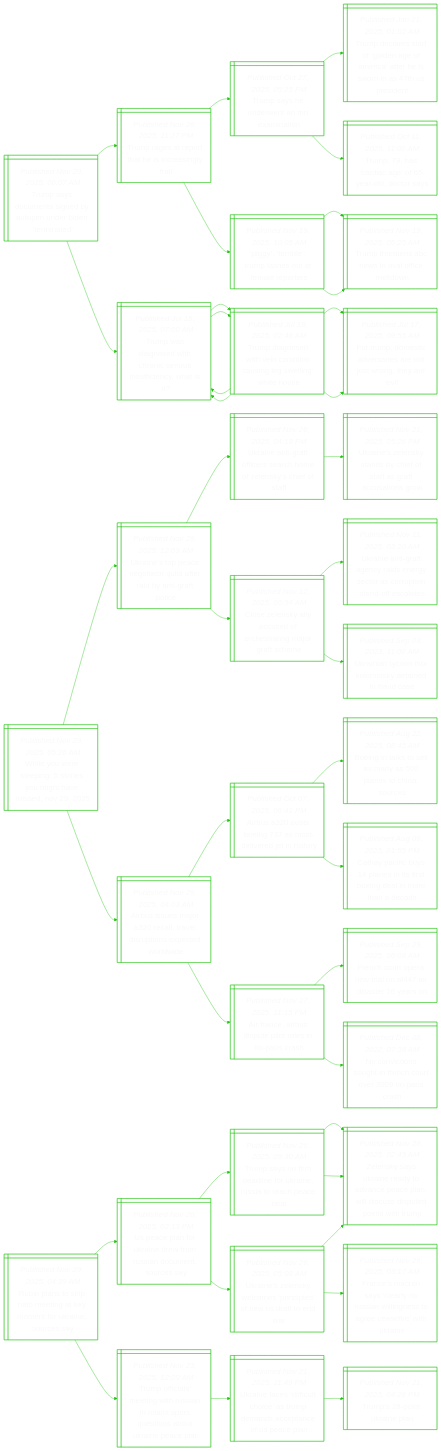
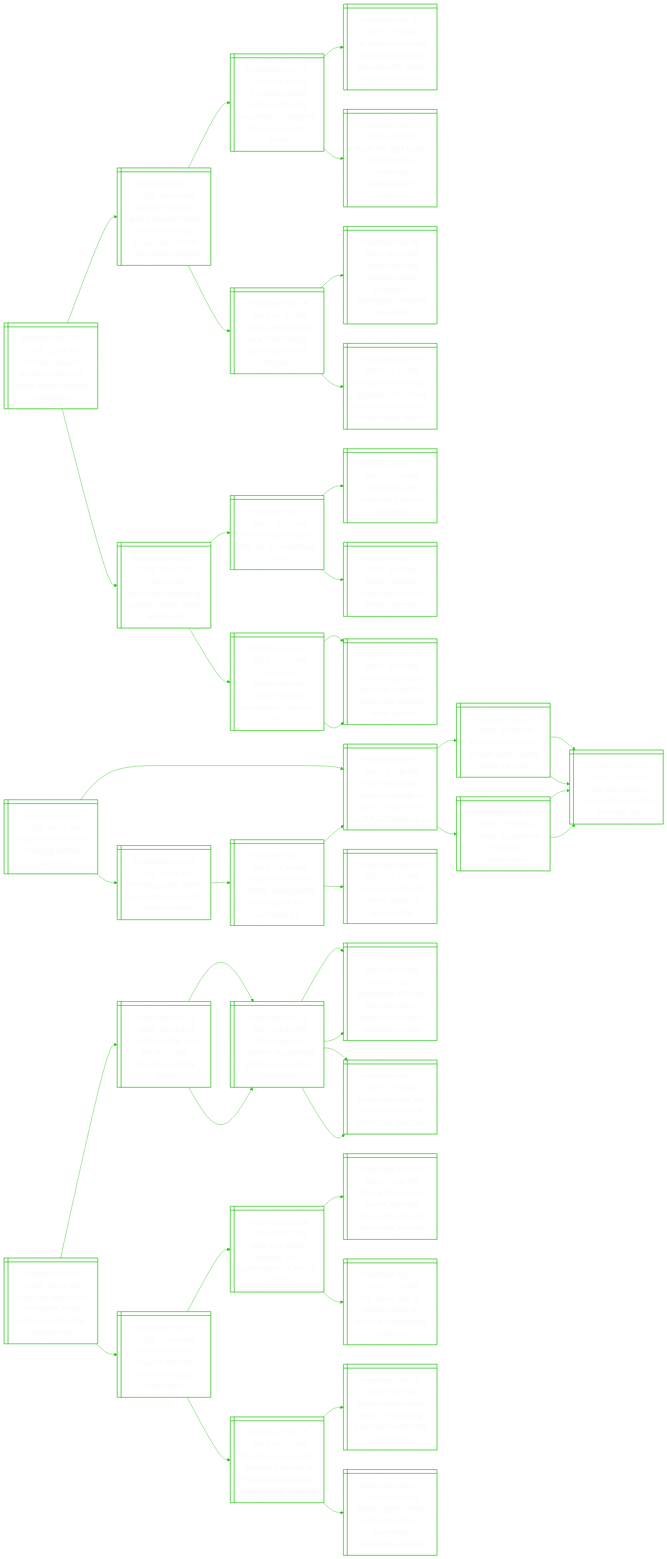
One commit to notJmes/notJmes changed the diagram in README.md. Above: the diagram before and after it, drawn with Mermaid. The commit also changed other lines of this file, not shown here.

````diff
--- a/README.md
+++ b/README.md
@@ -16,127 +16,133 @@
 flowchart LR
 classDef txtsize font-size:20px;
 
+Utlcnrigkrro@{ shape: win-pane, label: "_Published Nov 29, 2025, 11:30 AM_
+Us halts asylum decisions as troop killing sparks migrant crackdown" }
+AeiGakcmrgmtairgo@{ shape: win-pane, label: "_Published Nov 29, 2025, 09:44 AM_
+Accused national guard attacker faces us murder charge; trump wants to halt ‘third world’ migration" }
+Nnalsiydttteiu@{ shape: win-pane, label: "_Published Nov 27, 2025, 04:33 AM_
+2 national guard soldiers critically wounded in ‘targeted’ attack near white house" }
+Upcnhmteteaats@{ shape: win-pane, label: "_Published Nov 27, 2025, 10:58 AM_
+Us stops processing afghan immigration requests after attack near white house" }
+Pespnaemipuit@{ shape: win-pane, label: "_Published Nov 19, 2025, 04:38 AM_
+Pope leo says trump administration ‘extremely disrespectful’ to migrants" }
+Tuaarottiou@{ shape: win-pane, label: "_Published Nov 28, 2025, 01:50 PM_
+Trump uses national guard shooting to cast suspicion on refugees" }
+TsniGmrstogi@{ shape: win-pane, label: "_Published Nov 28, 2025, 09:30 AM_
+Trump says one national guard member in washington shooting has died" }
+TvozrnTWcrfagt@{ shape: win-pane, label: "_Published Nov 28, 2025, 01:11 PM_
+Trump vows to freeze migration from ‘third world countries’ after washington attack" }
 Tsongypddrt@{ shape: win-pane, label: "_Published Nov 29, 2025, 06:07 AM_
 Trump says documents signed by autopen under biden ‘terminated’" }
 Traoasega@{ shape: win-pane, label: "_Published Nov 26, 2025, 11:27 PM_
 Trump rages at report that he is increasingly frail" }
 Tseraenn@{ shape: win-pane, label: "_Published Oct 27, 2025, 05:25 PM_
 Trump says he underwent an mri examination" }
-TdragnfitirsPd@{ shape: win-pane, label: "_Published Jan 21, 2025, 01:02 AM_
-Trump declares start of ‘golden age of america’ after he is sworn in as 47th us president" }
-Thraylty@{ shape: win-pane, label: "_Published Oct 11, 2025, 11:00 AM_
-Trump, 79, has ‘cardiac age’ of 65-year-old, doctor says" }
 Ptbusuert@{ shape: win-pane, label: "_Published Nov 19, 2025, 10:05 AM_
 ‘piggy’, ‘terrible’: trump lashes out at female reporters" }
-TttBsailn@{ shape: win-pane, label: "_Published Nov 19, 2025, 05:25 AM_
-Trump threatens abc news in oval office meltdown" }
-TttBsailn@{ shape: win-pane, label: "_Published Nov 19, 2025, 05:25 AM_
-Trump threatens abc news in oval office meltdown" }
 Twaehnnnict@{ shape: win-pane, label: "_Published Jul 18, 2025, 07:00 AM_
 Trump was diagnosed with chronic venous insufficiency. what is it?" }
 Tdoiidniglho@{ shape: win-pane, label: "_Published Jul 18, 2025, 02:46 AM_
 Trump diagnosed with vein condition causing leg swelling: white house" }
-Twaehnnnict@{ shape: win-pane, label: "_Published Jul 18, 2025, 07:00 AM_
-Trump was diagnosed with chronic venous insufficiency. what is it?" }
-Fumcrensnyv@{ shape: win-pane, label: "_Published Jul 17, 2025, 09:55 AM_
-For trump, domestic adversaries are not just wrong, they are ‘evil’" }
 Tdoiidniglho@{ shape: win-pane, label: "_Published Jul 18, 2025, 02:46 AM_
 Trump diagnosed with vein condition causing leg swelling: white house" }
-Twaehnnnict@{ shape: win-pane, label: "_Published Jul 18, 2025, 07:00 AM_
-Trump was diagnosed with chronic venous insufficiency. what is it?" }
-Fumcrensnyv@{ shape: win-pane, label: "_Published Jul 17, 2025, 09:55 AM_
-For trump, domestic adversaries are not just wrong, they are ‘evil’" }
 
+Utlcnrigkrro:::txtsize --> AeiGakcmrgmtairgo:::txtsize
+AeiGakcmrgmtairgo:::txtsize --> Nnalsiydttteiu:::txtsize
+Nnalsiydttteiu:::txtsize --> Upcnhmteteaats:::txtsize
+Nnalsiydttteiu:::txtsize --> Pespnaemipuit:::txtsize
+AeiGakcmrgmtairgo:::txtsize --> Tuaarottiou:::txtsize
+Tuaarottiou:::txtsize --> TsniGmrstogi:::txtsize
+Tuaarottiou:::txtsize --> TvozrnTWcrfagt:::txtsize
+Utlcnrigkrro:::txtsize --> Tsongypddrt:::txtsize
 Tsongypddrt:::txtsize --> Traoasega:::txtsize
 Traoasega:::txtsize --> Tseraenn:::txtsize
-Tseraenn:::txtsize --> TdragnfitirsPd:::txtsize
-Tseraenn:::txtsize --> Thraylty:::txtsize
 Traoasega:::txtsize --> Ptbusuert:::txtsize
-Ptbusuert:::txtsize --> TttBsailn:::txtsize
-Ptbusuert:::txtsize --> TttBsailn:::txtsize
 Tsongypddrt:::txtsize --> Twaehnnnict:::txtsize
 Twaehnnnict:::txtsize --> Tdoiidniglho:::txtsize
-Tdoiidniglho:::txtsize --> Twaehnnnict:::txtsize
-Tdoiidniglho:::txtsize --> Fumcrensnyv:::txtsize
 Twaehnnnict:::txtsize --> Tdoiidniglho:::txtsize
-Tdoiidniglho:::txtsize --> Twaehnnnict:::txtsize
-Tdoiidniglho:::txtsize --> Fumcrensnyv:::txtsize
 
-WYresemhiN@{ shape: win-pane, label: "_Published Nov 29, 2025, 05:26 AM_
-While you were sleeping: 5 stories you might have missed, nov 29, 2025" }
-Unpetrsrbitc@{ shape: win-pane, label: "_Published Nov 29, 2025, 12:09 AM_
-Ukraine’s top peace negotiator quits after raid by anti-graft police" }
-Unitcehfncof@{ shape: win-pane, label: "_Published Nov 28, 2025, 04:19 PM_
-Ukraine anti-graft officers search home of zelensky’s chief of staff" }
-Unlydhffacir@{ shape: win-pane, label: "_Published Nov 21, 2025, 05:26 PM_
-Ukraine’s zelensky stands by chief of staff as graft accusations grow" }
-CZslufetarc@{ shape: win-pane, label: "_Published Nov 12, 2025, 06:54 AM_
-Close zelensky ally accused of orchestrating major graft scheme" }
-Unitcdrcsundst@{ shape: win-pane, label: "_Published Nov 11, 2025, 03:20 AM_
-Ukraine anti-graft agency raids energy sector as corruption stand-off escalates" }
-UnyIoieera@{ shape: win-pane, label: "_Published Sep 03, 2023, 11:00 AM_
-Ukrainian tycoon ihor kolomoisky detained in fraud case" }
-Aseocrdpscoi@{ shape: win-pane, label: "_Published Nov 29, 2025, 04:03 AM_
-Airbus issues major a320 recall, travel disruptions expected worldwide" }
-Astimerts@{ shape: win-pane, label: "_Published Oct 07, 2025, 06:41 PM_
-Airbus a320 ousts boeing 737 as most-delivered jet in history" }
-BglssanCSe@{ shape: win-pane, label: "_Published Aug 22, 2025, 08:45 AM_
-Boeing in talks to sell as many as 500 planes to china: sources" }
-Cyfynireemhe@{ shape: win-pane, label: "_Published Aug 06, 2025, 01:55 PM_
-Cathay pacific buys 14 planes in its first boeing deal in more than a decade" }
-Aaidtoeiis@{ shape: win-pane, label: "_Published Nov 27, 2025, 11:15 PM_
-Air france, airbus dispute pilot roles in rio-paris crash" }
-Fhtsrnrsen@{ shape: win-pane, label: "_Published Sep 29, 2025, 06:08 AM_
-French court opens new trial on af447 air disaster 16 years on" }
-Nvouncrrar@{ shape: win-pane, label: "_Published Dec 08, 2022, 07:38 AM_
-No convictions sought in french court over 2009 rio-paris crash" }
+Ptllhnhdm@{ shape: win-pane, label: "_Published Nov 29, 2025, 10:52 AM_
+Papal travels reflect changing catholic diplomacy" }
+Peaastkbosrt@{ shape: win-pane, label: "_Published Nov 25, 2025, 07:48 PM_
+Pope leo to take peace message to turkey, lebanon on first overseas trip" }
+Abbsciilto@{ shape: win-pane, label: "_Published Nov 25, 2025, 02:55 PM_
+At tomb of lebanon’s miracle saint, faithful await the pope" }
+PeduLoivap@{ shape: win-pane, label: "_Published Nov 24, 2025, 03:00 PM_
+Pope leo heads to turkey, lebanon in first overseas trip" }
+PeduLoivap@{ shape: win-pane, label: "_Published Nov 24, 2025, 03:00 PM_
+Pope leo heads to turkey, lebanon in first overseas trip" }
+IkaoCtoi@{ shape: win-pane, label: "_Published Nov 24, 2025, 05:53 PM_
+In turkey, a patchwork of christian communities" }
+PeduLoivap@{ shape: win-pane, label: "_Published Nov 24, 2025, 03:00 PM_
+Pope leo heads to turkey, lebanon in first overseas trip" }
+PeduLoivap@{ shape: win-pane, label: "_Published Nov 24, 2025, 03:00 PM_
+Pope leo heads to turkey, lebanon in first overseas trip" }
+Ikpkoaihiv@{ shape: win-pane, label: "_Published Nov 29, 2025, 10:46 AM_
+In turkey, pope seeks to soothe an ancient christian divide" }
+Penocdrutivap@{ shape: win-pane, label: "_Published Nov 27, 2025, 09:18 AM_
+Pope leo warns of conflicts endangering humanity on first overseas trip" }
+Ilsomaanui@{ shape: win-pane, label: "_Published Nov 24, 2025, 01:17 AM_
+Israel kills hezbollah military leader in beirut strike" }
+Peaastkbosrt@{ shape: win-pane, label: "_Published Nov 25, 2025, 07:48 PM_
+Pope leo to take peace message to turkey, lebanon on first overseas trip" }
 
-WYresemhiN:::txtsize --> Unpetrsrbitc:::txtsize
-Unpetrsrbitc:::txtsize --> Unitcehfncof:::txtsize
-Unitcehfncof:::txtsize --> Unlydhffacir:::txtsize
-Unpetrsrbitc:::txtsize --> CZslufetarc:::txtsize
-CZslufetarc:::txtsize --> Unitcdrcsundst:::txtsize
-CZslufetarc:::txtsize --> UnyIoieera:::txtsize
-WYresemhiN:::txtsize --> Aseocrdpscoi:::txtsize
-Aseocrdpscoi:::txtsize --> Astimerts:::txtsize
-Astimerts:::txtsize --> BglssanCSe:::txtsize
-Astimerts:::txtsize --> Cyfynireemhe:::txtsize
-Aseocrdpscoi:::txtsize --> Aaidtoeiis:::txtsize
-Aaidtoeiis:::txtsize --> Fhtsrnrsen:::txtsize
-Aaidtoeiis:::txtsize --> Nvouncrrar:::txtsize
+Ptllhnhdm:::txtsize --> Peaastkbosrt:::txtsize
+Peaastkbosrt:::txtsize --> Abbsciilto:::txtsize
+Abbsciilto:::txtsize --> PeduLoivap:::txtsize
+Abbsciilto:::txtsize --> PeduLoivap:::txtsize
+Peaastkbosrt:::txtsize --> IkaoCtoi:::txtsize
+IkaoCtoi:::txtsize --> PeduLoivap:::txtsize
+IkaoCtoi:::txtsize --> PeduLoivap:::txtsize
+Ptllhnhdm:::txtsize --> Ikpkoaihiv:::txtsize
+Ikpkoaihiv:::txtsize --> Penocdrutivap:::txtsize
+Penocdrutivap:::txtsize --> Ilsomaanui:::txtsize
+Penocdrutivap:::txtsize --> Peaastkbosrt:::txtsize
 
-Rptpmneerius@{ shape: win-pane, label: "_Published Nov 29, 2025, 04:39 AM_
-Rubio plans to skip nato meeting at key moment for ukraine, sources say" }
-Ucnkefunmos@{ shape: win-pane, label: "_Published Nov 26, 2025, 02:13 PM_
-Us peace plan for ukraine drew from russian document, sources say" }
-Tsodirisohe@{ shape: win-pane, label: "_Published Nov 26, 2025, 09:30 AM_
-Trump says no firm deadline for ukraine, russia to reach peace deal" }
-Zsyaeonaalusdthp@{ shape: win-pane, label: "_Published Nov 26, 2025, 02:45 AM_
-Zelensky says ukraine ready to advance peace plan, will discuss disputed points with trump" }
-Zsyaeonaalusdthp@{ shape: win-pane, label: "_Published Nov 26, 2025, 02:45 AM_
-Zelensky says ukraine ready to advance peace plan, will discuss disputed points with trump" }
-UnlyorpfStd@{ shape: win-pane, label: "_Published Nov 26, 2025, 05:08 AM_
-Ukraine’s zelensky welcomes ‘principles’ of new us draft to end war" }
-Zsyaeonaalusdthp@{ shape: win-pane, label: "_Published Nov 26, 2025, 02:45 AM_
-Zelensky says ukraine ready to advance peace plan, will discuss disputed points with trump" }
-Feryaoilnoeewke@{ shape: win-pane, label: "_Published Nov 26, 2025, 03:17 AM_
-France’s macron says ‘clearly no russian willingness to agree ceasefire’ with ukraine" }
-ToiegRaipuoorpp@{ shape: win-pane, label: "_Published Nov 23, 2025, 12:09 AM_
-Trump officials’ meeting with russian in miami spurs questions about ukraine peace plan" }
-Uneftcrespepp@{ shape: win-pane, label: "_Published Nov 21, 2025, 11:49 PM_
-Ukraine faces ‘difficult choice’ as trump demands acceptance of us peace plan" }
-Tstia@{ shape: win-pane, label: "_Published Nov 21, 2025, 04:26 PM_
-Trump’s 28-point ukraine plan" }
+Sflhntsrslpc@{ shape: win-pane, label: "_Published Nov 29, 2025, 10:52 AM_
+Stake for sale in the economist draws interest as deadline approaches" }
+TslhBleioe@{ shape: win-pane, label: "_Published Nov 25, 2025, 08:18 PM_
+Trump’s battle with the bbc could threaten its global reach" }
+Bunsoadtadnp@{ shape: win-pane, label: "_Published Nov 15, 2025, 10:53 PM_
+Bbc caught in crossfire of polarised political and media landscape" }
+BiCosueoshrtaoi@{ shape: win-pane, label: "_Published Nov 14, 2025, 05:07 AM_
+Britain’s bbc apologises to trump over panorama speech edit, rejects defamation claim" }
+Tsieooieet@{ shape: win-pane, label: "_Published Nov 15, 2025, 10:09 AM_
+Trump says will sue bbc for up to $6.4 billion over video edit" }
+Bunsoadtadnp@{ shape: win-pane, label: "_Published Nov 15, 2025, 10:53 PM_
+Bbc caught in crossfire of polarised political and media landscape" }
+BiCosueoshrtaoi@{ shape: win-pane, label: "_Published Nov 14, 2025, 05:07 AM_
+Britain’s bbc apologises to trump over panorama speech edit, rejects defamation claim" }
+Tsieooieet@{ shape: win-pane, label: "_Published Nov 15, 2025, 10:09 AM_
+Trump says will sue bbc for up to $6.4 billion over video edit" }
+Nreodoilcr@{ shape: win-pane, label: "_Published Feb 09, 2025, 10:00 AM_
+New york times reports 350,000 additional digital subscribers" }
+Nresuioolo@{ shape: win-pane, label: "_Published Nov 04, 2024, 09:27 PM_
+New york times passes 11m subscribers on eve of us election" }
+NreapsstlrsTi@{ shape: win-pane, label: "_Published Sep 24, 2024, 11:02 PM_
+New york times to launch podcast subscription plan for shows like the daily" }
+Twbtefespbe@{ shape: win-pane, label: "_Published Sep 17, 2023, 11:35 AM_
+The news may be getting better for america’s newspaper business" }
+Blmfioropraecnr@{ shape: win-pane, label: "_Published Feb 05, 2025, 06:14 PM_
+Bbc tells some staff in singapore bureau to reapply for jobs amid restructuring exercise" }
+BsiononneeCu@{ shape: win-pane, label: "_Published Oct 17, 2024, 09:05 AM_
+British media union warns of ‘worrying trend’ after latest bbc job cuts" }
+Dlfttoswoith@{ shape: win-pane, label: "_Published Feb 01, 2024, 02:45 PM_
+Dyson layoffs: what rights do workers have when companies retrench?" }
 
-Rptpmneerius:::txtsize --> Ucnkefunmos:::txtsize
-Ucnkefunmos:::txtsize --> Tsodirisohe:::txtsize
-Tsodirisohe:::txtsize --> Zsyaeonaalusdthp:::txtsize
-Tsodirisohe:::txtsize --> Zsyaeonaalusdthp:::txtsize
-Ucnkefunmos:::txtsize --> UnlyorpfStd:::txtsize
-UnlyorpfStd:::txtsize --> Zsyaeonaalusdthp:::txtsize
-UnlyorpfStd:::txtsize --> Feryaoilnoeewke:::txtsize
-Rptpmneerius:::txtsize --> ToiegRaipuoorpp:::txtsize
-ToiegRaipuoorpp:::txtsize --> Uneftcrespepp:::txtsize
-Uneftcrespepp:::txtsize --> Tstia:::txtsize
+Sflhntsrslpc:::txtsize --> TslhBleioe:::txtsize
+TslhBleioe:::txtsize --> Bunsoadtadnp:::txtsize
+Bunsoadtadnp:::txtsize --> BiCosueoshrtaoi:::txtsize
+Bunsoadtadnp:::txtsize --> Tsieooieet:::txtsize
+TslhBleioe:::txtsize --> Bunsoadtadnp:::txtsize
+Bunsoadtadnp:::txtsize --> BiCosueoshrtaoi:::txtsize
+Bunsoadtadnp:::txtsize --> Tsieooieet:::txtsize
+Sflhntsrslpc:::txtsize --> Nreodoilcr:::txtsize
+Nreodoilcr:::txtsize --> Nresuioolo:::txtsize
+Nresuioolo:::txtsize --> NreapsstlrsTi:::txtsize
+Nresuioolo:::txtsize --> Twbtefespbe:::txtsize
+Nreodoilcr:::txtsize --> Blmfioropraecnr:::txtsize
+Blmfioropraecnr:::txtsize --> BsiononneeCu:::txtsize
+Blmfioropraecnr:::txtsize --> Dlfttoswoith:::txtsize
 
 ```
````
